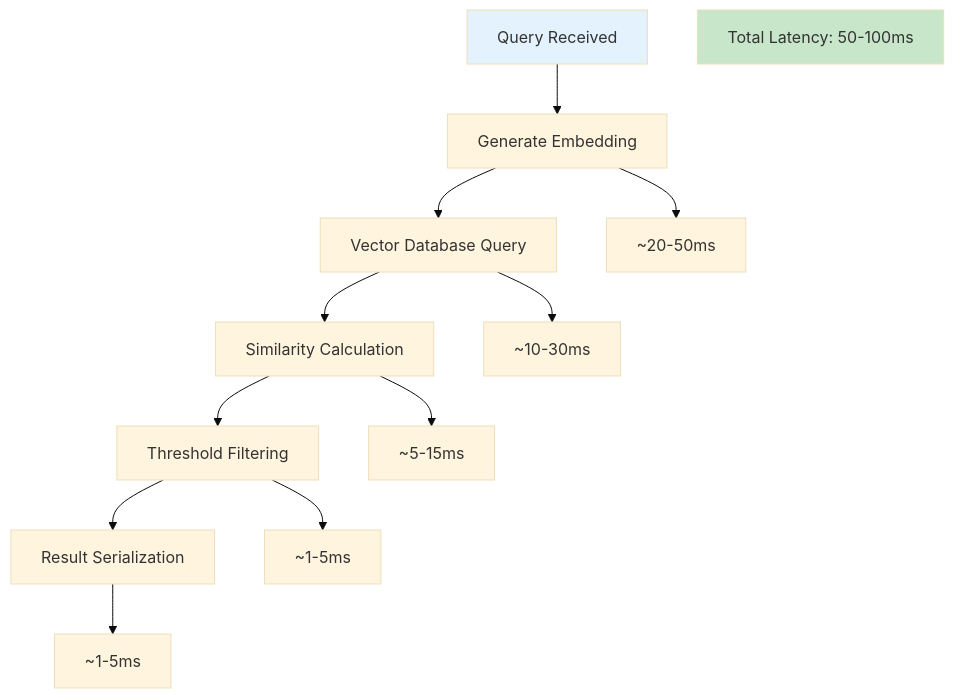
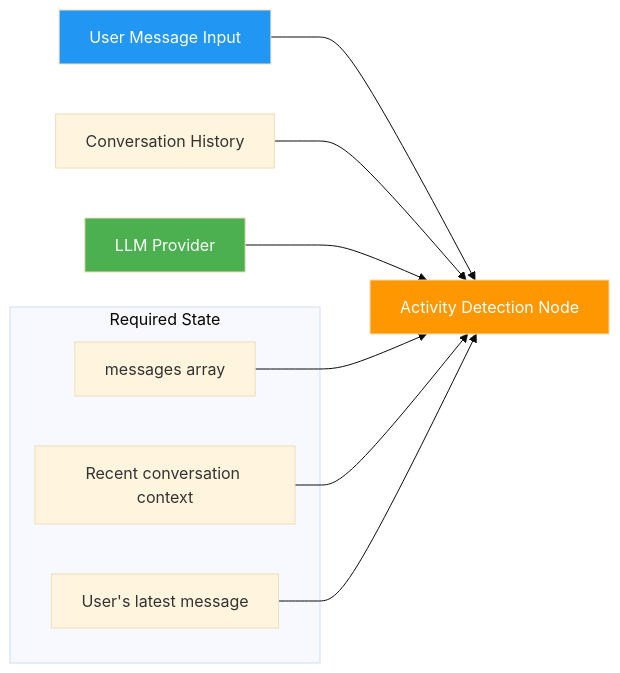
The fourth of 5 diagrams in docs/ai/langgraph.md (tweezerchef/Wbot), drawn with Mermaid (base theme) before and after one commit. The commit also changed other lines of this file and 7 other files, not shown here.

First line of the commit message:
docs: comprehensive update of project roadmap and technical documentation

````diff
--- a/docs/ai/langgraph.md
+++ b/docs/ai/langgraph.md
@@ -411,19 +325,20 @@
 ```mermaid
-graph TD
-    A[Query Received] --> B[Generate Embedding]
-    B --> C[Vector Database Query]
-    C --> D[Similarity Calculation]
-    D --> E[Threshold Filtering]
-    E --> F[Result Serialization]
+graph LR
+    A[User Message Input] --> D[Activity Detection Node]
+    B[Conversation History] --> D
+    C[LLM Provider] --> D
 
-    B --> B1[~20-50ms]
-    C --> C1[~10-30ms]
-    D --> D1[~5-15ms]
-    E --> E1[~1-5ms]
-    F --> F1[~1-5ms]
+    subgraph "Required State"
+        RS1[messages array]
+        RS2[Recent conversation context]
+        RS3[User's latest message]
+    end
 
-    G[Total Latency: 50-100ms]
+    RS1 --> D
+    RS2 --> D
+    RS3 --> D
 
-    style A fill:#e3f2fd
-    style G fill:#c8e6c9
+    style A fill:#2196f3,color:#fff
+    style D fill:#ff9800,color:#fff
+    style C fill:#4caf50,color:#fff
 ```
````
